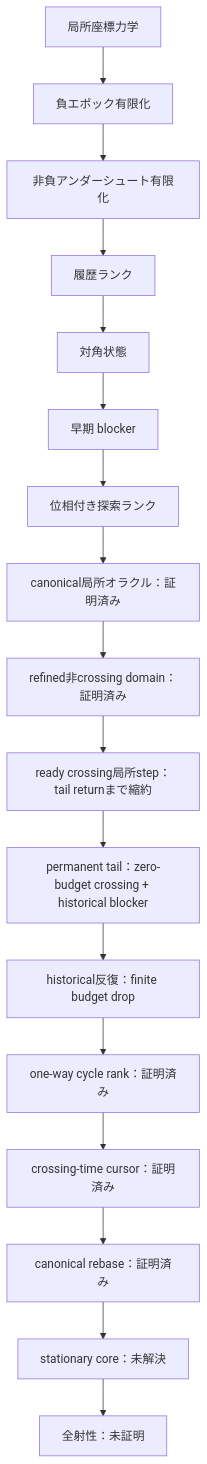
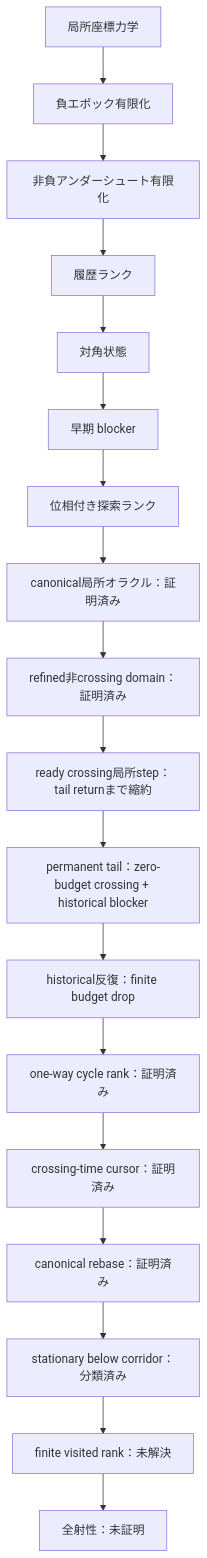
Before and after one commit to hirokidaichi/recaman-lean-research: the diagram in README.md, drawn with Mermaid. The commit also changed other lines of this file and 9 other files, not shown here.

Commit message:
theorem: classify stationary below corridors

````diff
--- a/README.md
+++ b/README.md
@@ -100,19 +106,20 @@
 ```mermaid
 flowchart TD
     A["局所座標力学"] --> B["負エポック有限化"]
     B --> C["非負アンダーシュート有限化"]
     C --> D["履歴ランク"]
     D --> E["対角状態"]
     E --> F["早期 blocker"]
     F --> G["位相付き探索ランク"]
     G --> H["canonical局所オラクル：証明済み"]
     H --> I["refined非crossing domain：証明済み"]
     I --> J["ready crossing局所step：tail returnまで縮約"]
     J --> K["permanent tail：zero-budget crossing + historical blocker"]
     K --> L["historical反復：finite budget drop"]
     L --> M["one-way cycle rank：証明済み"]
     M --> N["crossing-time cursor：証明済み"]
     N --> O["canonical rebase：証明済み"]
-    O --> P["stationary core：未解決"]
-    P --> Q["全射性：未証明"]
+    O --> P["stationary below corridor：分類済み"]
+    P --> Q["finite visited rank：未解決"]
+    Q --> R["全射性：未証明"]
 ```
````
